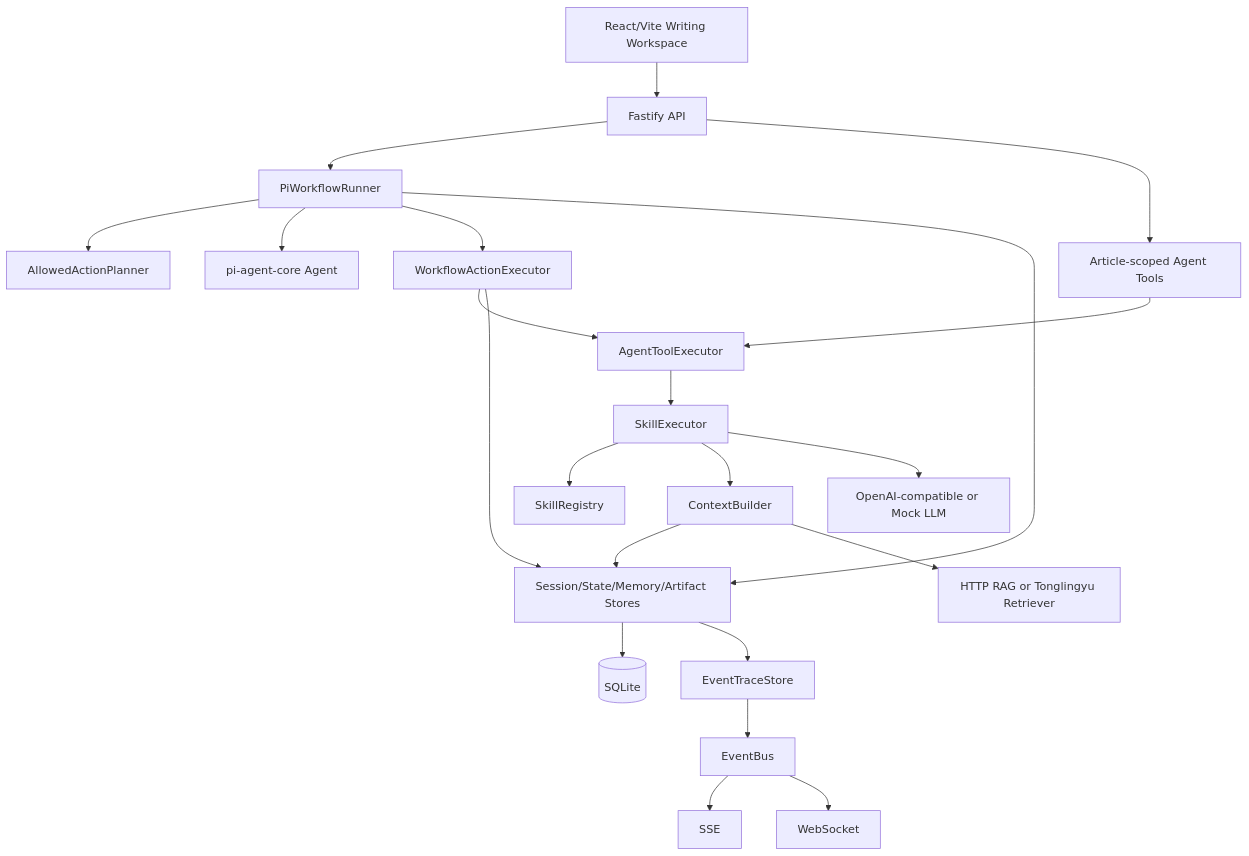
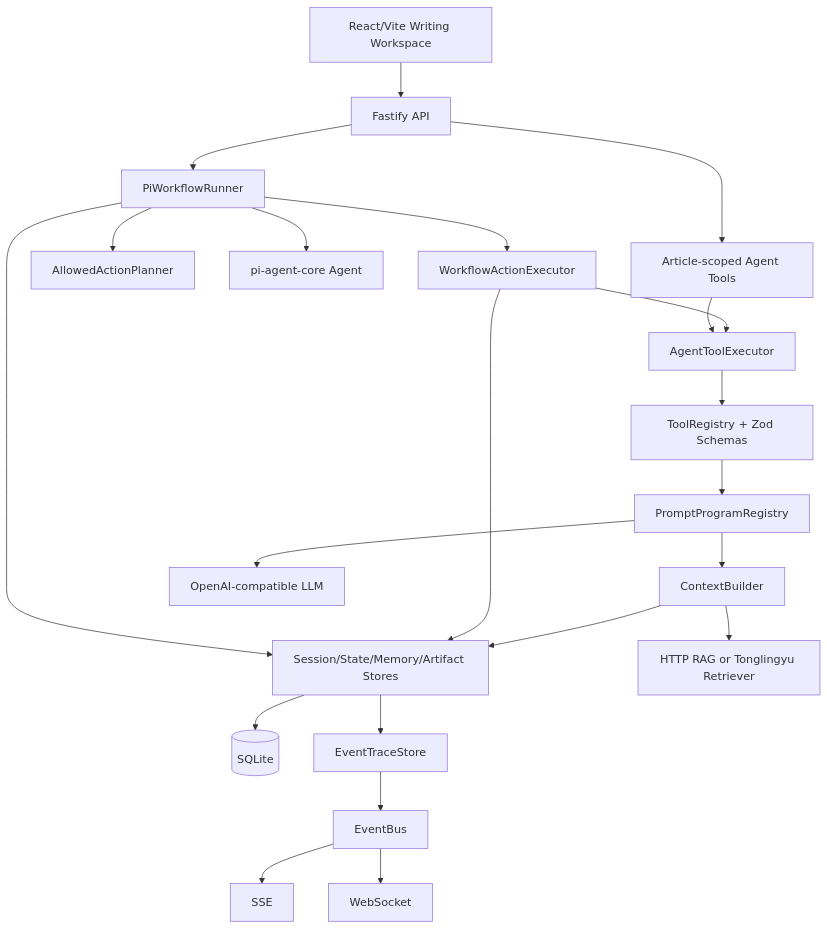
The diagram in docs/technical-architecture.md (simonjiao/writing-assistant), drawn with Mermaid before and after one commit. The commit also changed other lines of this file and 108 other files, not shown here.

````diff
--- a/docs/technical-architecture.md
+++ b/docs/technical-architecture.md
@@ -5,24 +5,24 @@
 ```mermaid
 flowchart TB
   UI[React/Vite Writing Workspace] --> API[Fastify API]
   API --> Runner[PiWorkflowRunner]
   API --> ArticleAgent[Article-scoped Agent Tools]
   Runner --> Planner[AllowedActionPlanner]
   Runner --> Agent[pi-agent-core Agent]
   Runner --> Executor[WorkflowActionExecutor]
   Executor --> ToolExec[AgentToolExecutor]
   ArticleAgent --> ToolExec
-  ToolExec --> SkillExec[SkillExecutor]
-  SkillExec --> Skills[SkillRegistry]
-  SkillExec --> Context[ContextBuilder]
-  SkillExec --> LLM[OpenAI-compatible or Mock LLM]
+  ToolExec --> Tools[ToolRegistry + Zod Schemas]
+  Tools --> Programs[PromptProgramRegistry]
+  Programs --> Context[ContextBuilder]
+  Programs --> LLM[OpenAI-compatible LLM]
   Context --> Stores[Session/State/Memory/Artifact Stores]
   Context --> Knowledge[HTTP RAG or Tonglingyu Retriever]
   Executor --> Stores
   Runner --> Stores
   Stores --> SQLite[(SQLite)]
   Stores --> Trace[EventTraceStore]
   Trace --> Bus[EventBus]
   Bus --> SSE[SSE]
   Bus --> WS[WebSocket]
 ```
````
